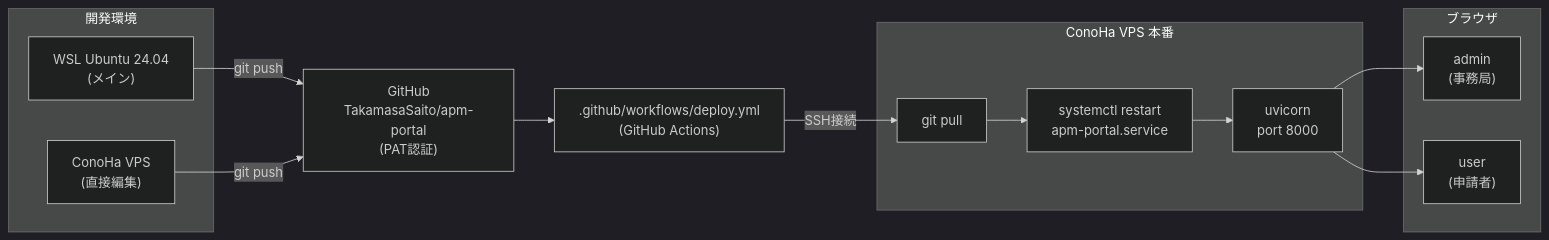
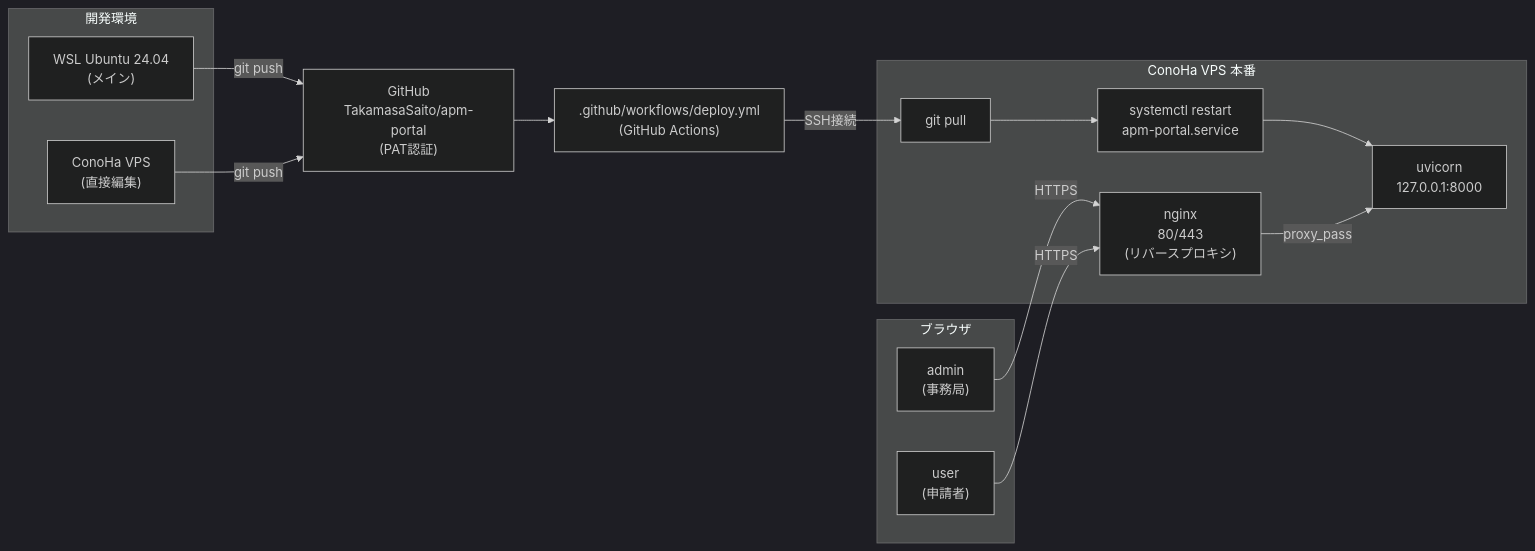
The diagram in ARCHITECTURE.md (TakamasaSaito/apm-portal), drawn with Mermaid (dark theme) before and after one commit. The commit also changed other lines of this file and 2 other files, not shown here.

````diff
--- a/ARCHITECTURE.md
+++ b/ARCHITECTURE.md
@@ -5,30 +5,32 @@
 ```mermaid
 graph LR
   subgraph dev["開発環境"]
     A1["WSL Ubuntu 24.04\n(メイン)"]
     A2["ConoHa VPS\n(直接編集)"]
   end
 
   B["GitHub\nTakamasaSaito/apm-portal\n(PAT認証)"]
   C[".github/workflows/deploy.yml\n(GitHub Actions)"]
 
   subgraph vps["ConoHa VPS 本番"]
     D["git pull"]
     E["systemctl restart\napm-portal.service"]
-    F["uvicorn\nport 8000"]
+    F["uvicorn\n127.0.0.1:8000"]
+    N["nginx\n80/443\n(リバースプロキシ)"]
   end
 
   subgraph browser["ブラウザ"]
     G["admin\n(事務局)"]
     H["user\n(申請者)"]
   end
 
   A1 -->|git push| B
   A2 -->|git push| B
   B --> C
   C -->|SSH接続| D
   D --> E
   E --> F
-  F --> G
-  F --> H
+  N -->|proxy_pass| F
+  G -->|HTTPS| N
+  H -->|HTTPS| N
 ```
````
